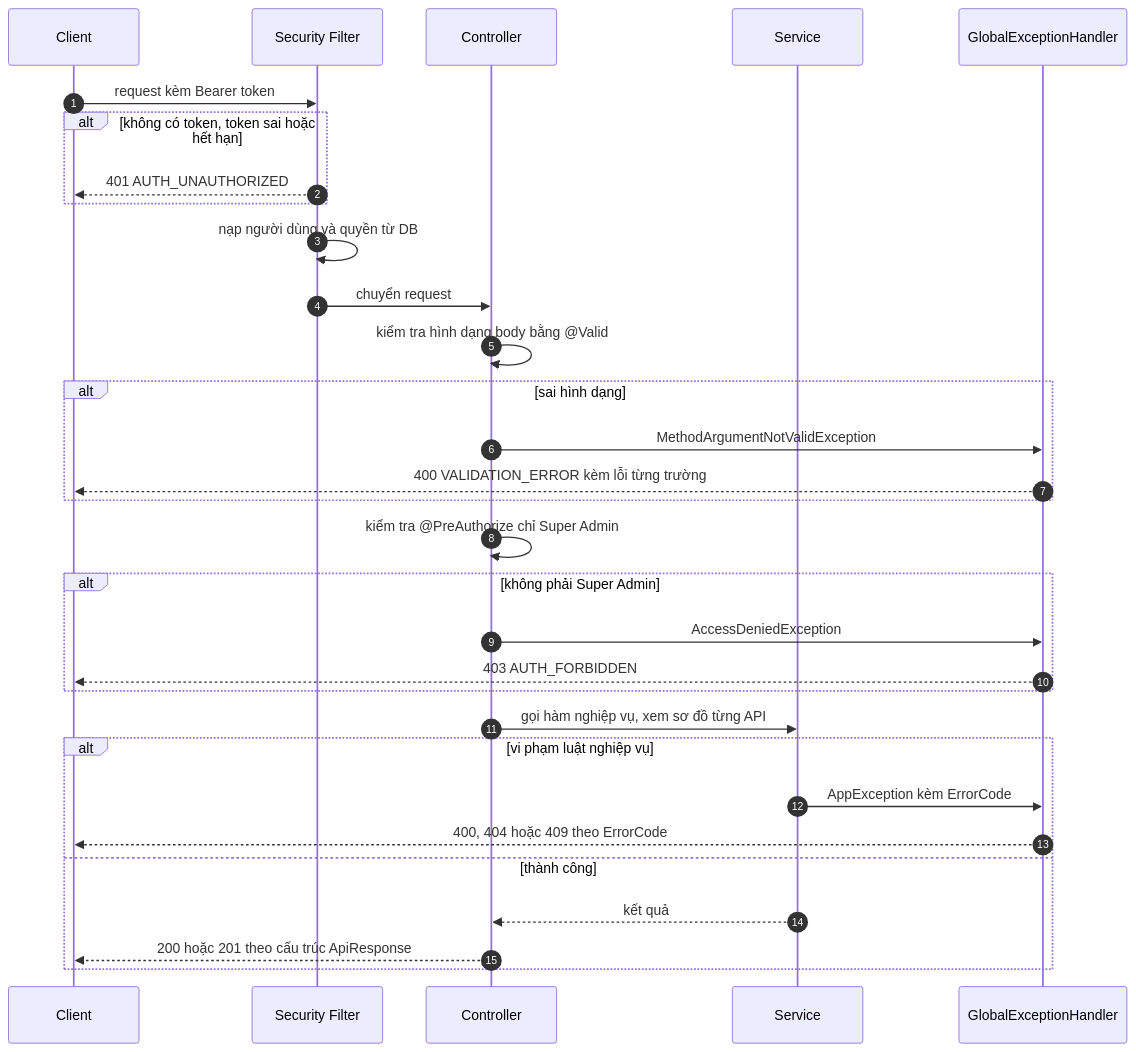
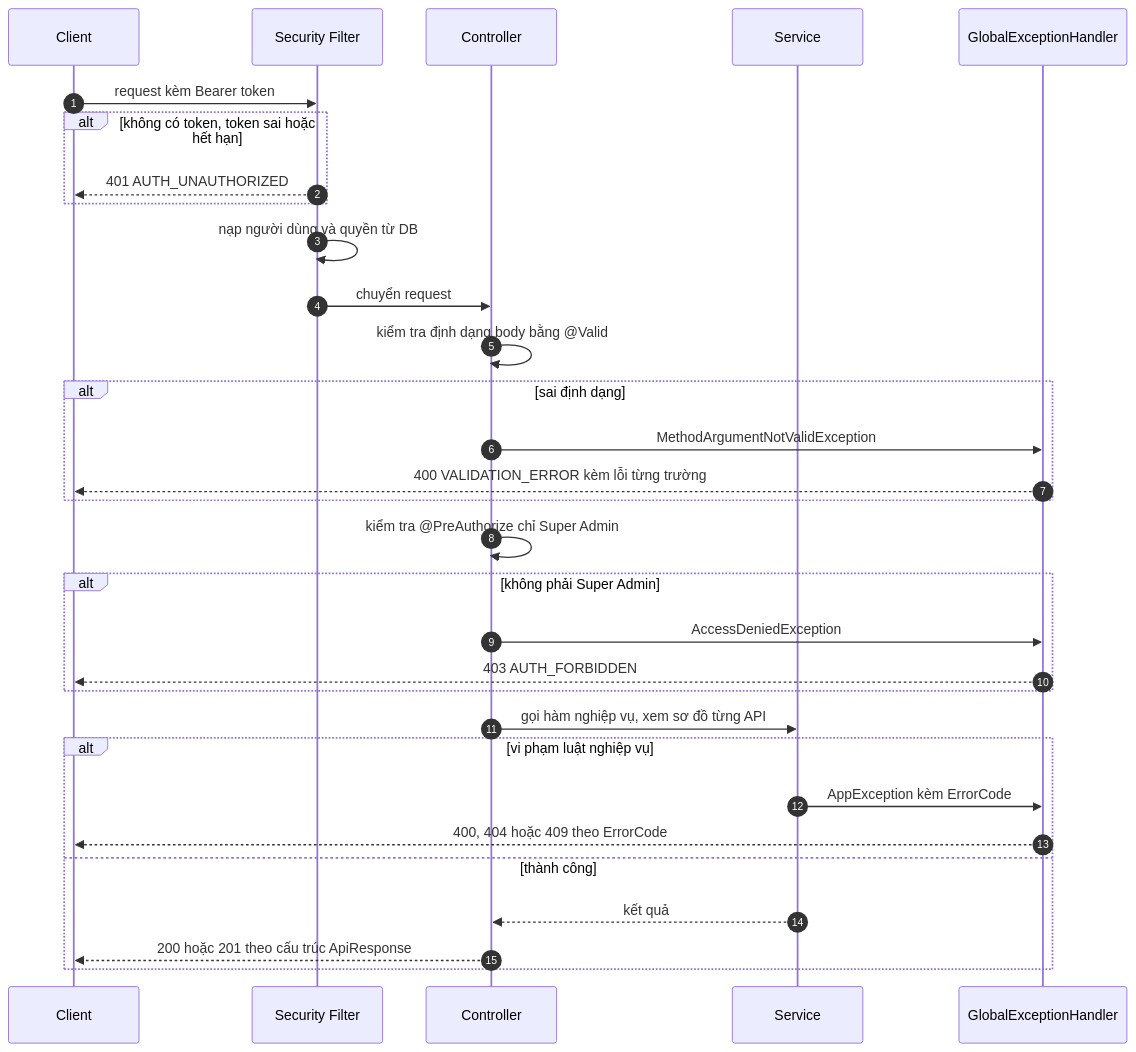
Before and after one commit to foodboi88/car-rental-saas: the first of 10 diagrams in docs/plans/tenant/2026-10-19-tenant-api-spec.md, drawn with Mermaid. The commit also changed other lines of this file and 3 other files, not shown here.

````diff
--- a/docs/plans/tenant/2026-10-19-tenant-api-spec.md
+++ b/docs/plans/tenant/2026-10-19-tenant-api-spec.md
@@ -49,33 +49,33 @@
 ```mermaid
 sequenceDiagram
   autonumber
   participant C as Client
   participant F as Security Filter
   participant K as Controller
   participant S as Service
   participant H as GlobalExceptionHandler
   C->>F: request kèm Bearer token
   alt không có token, token sai hoặc hết hạn
     F-->>C: 401 AUTH_UNAUTHORIZED
   end
   F->>F: nạp người dùng và quyền từ DB
   F->>K: chuyển request
-  K->>K: kiểm tra hình dạng body bằng @Valid
-  alt sai hình dạng
+  K->>K: kiểm tra định dạng body bằng @Valid
+  alt sai định dạng
     K->>H: MethodArgumentNotValidException
     H-->>C: 400 VALIDATION_ERROR kèm lỗi từng trường
   end
   K->>K: kiểm tra @PreAuthorize chỉ Super Admin
   alt không phải Super Admin
     K->>H: AccessDeniedException
     H-->>C: 403 AUTH_FORBIDDEN
   end
   K->>S: gọi hàm nghiệp vụ, xem sơ đồ từng API
   alt vi phạm luật nghiệp vụ
     S->>H: AppException kèm ErrorCode
     H-->>C: 400, 404 hoặc 409 theo ErrorCode
   else thành công
     S-->>K: kết quả
     K-->>C: 200 hoặc 201 theo cấu trúc ApiResponse
   end
 ```
````
